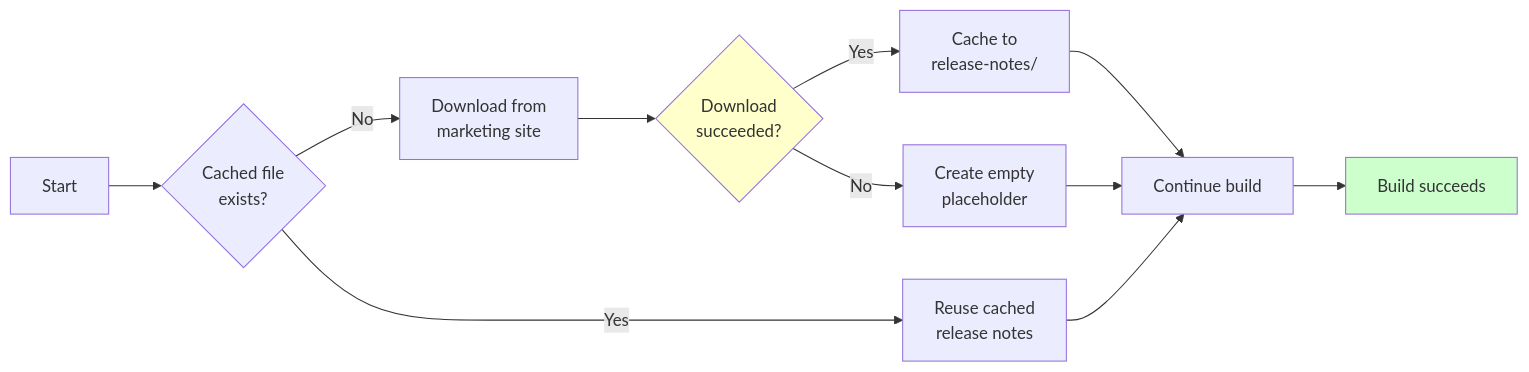
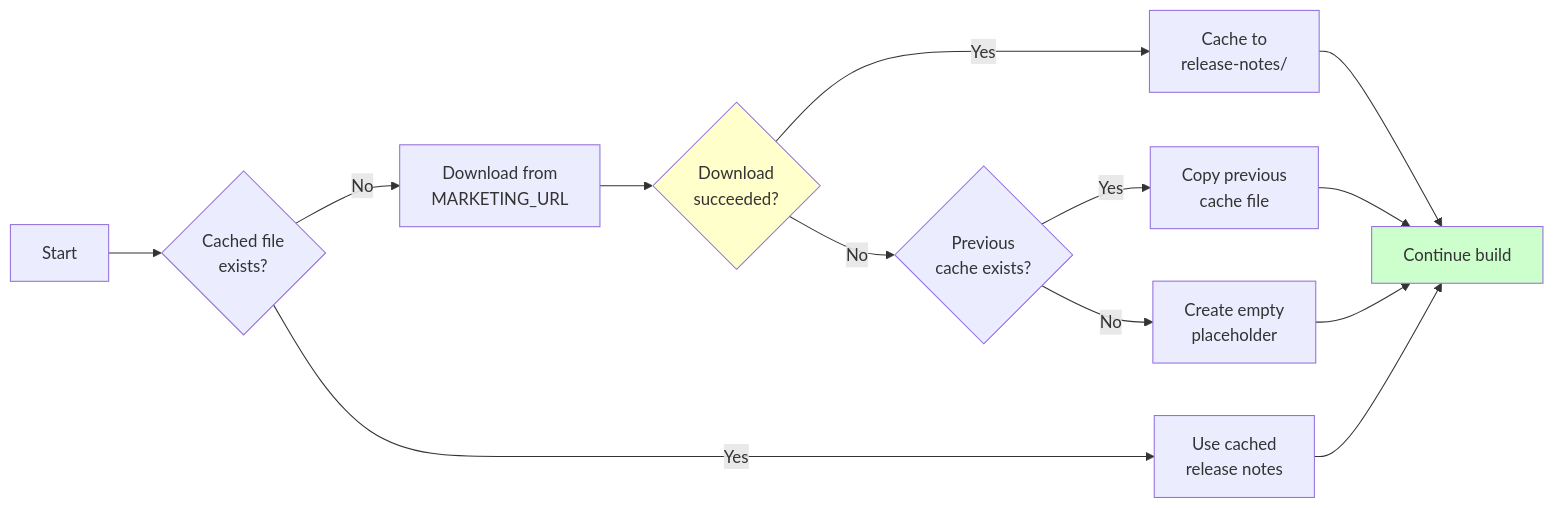
Before and after one commit to yazdipour/jtb-task: the diagram in README.md, drawn with Mermaid. The commit also changed other lines of this file and 2 other files, not shown here.

````diff
--- a/README.md
+++ b/README.md
@@ -39,16 +37,18 @@
 ```mermaid
 flowchart LR
     START[Start] --> CHECK{Cached file<br/>exists?}
-    CHECK -->|Yes| REUSE[Reuse cached<br/>release notes]
-    CHECK -->|No| DOWNLOAD[Download from<br/>marketing site]
+    CHECK -->|Yes| REUSE[Use cached<br/>release notes]
+    CHECK -->|No| DOWNLOAD[Download from<br/>MARKETING_URL]
     DOWNLOAD --> SUCCESS{Download<br/>succeeded?}
     SUCCESS -->|Yes| CACHE[Cache to<br/>release-notes/]
-    SUCCESS -->|No| EMPTY[Create empty<br/>placeholder]
+    SUCCESS -->|No| FALLBACK{Previous<br/>cache exists?}
+    FALLBACK -->|Yes| COPY[Copy previous<br/>cache file]
+    FALLBACK -->|No| EMPTY[Create empty<br/>placeholder]
     CACHE --> BUILD[Continue build]
+    COPY --> BUILD
     EMPTY --> BUILD
     REUSE --> BUILD
-    BUILD --> END[Build succeeds]
 
     style SUCCESS fill:#ffffcc
-    style END fill:#ccffcc
+    style BUILD fill:#ccffcc
 ```
````
